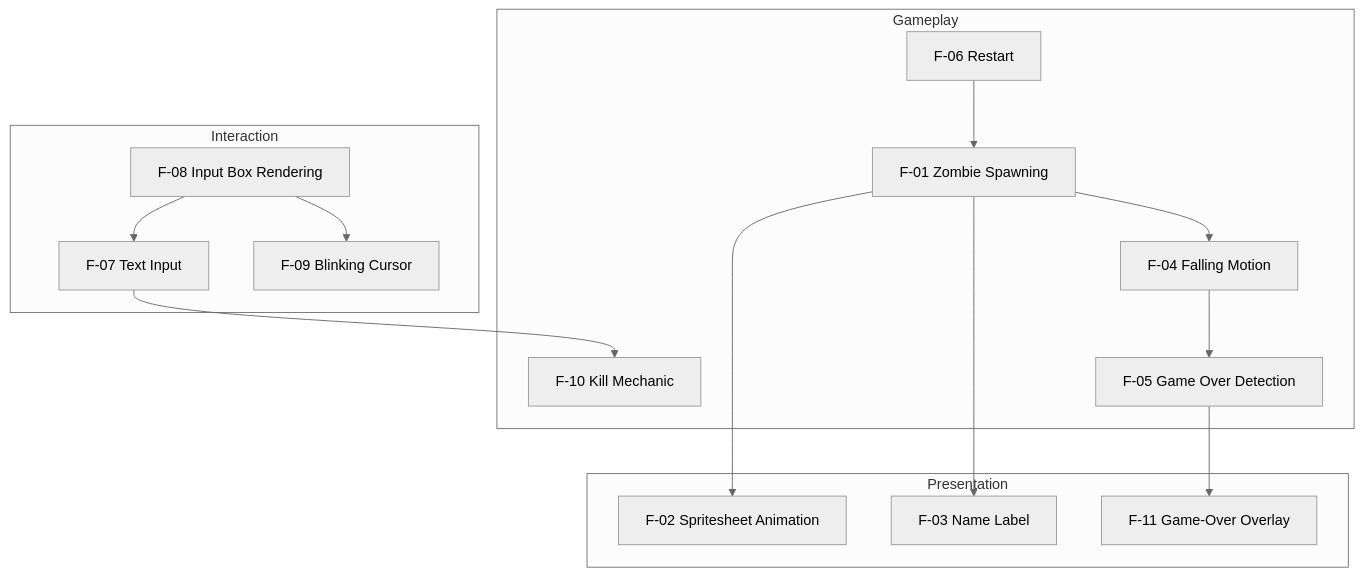
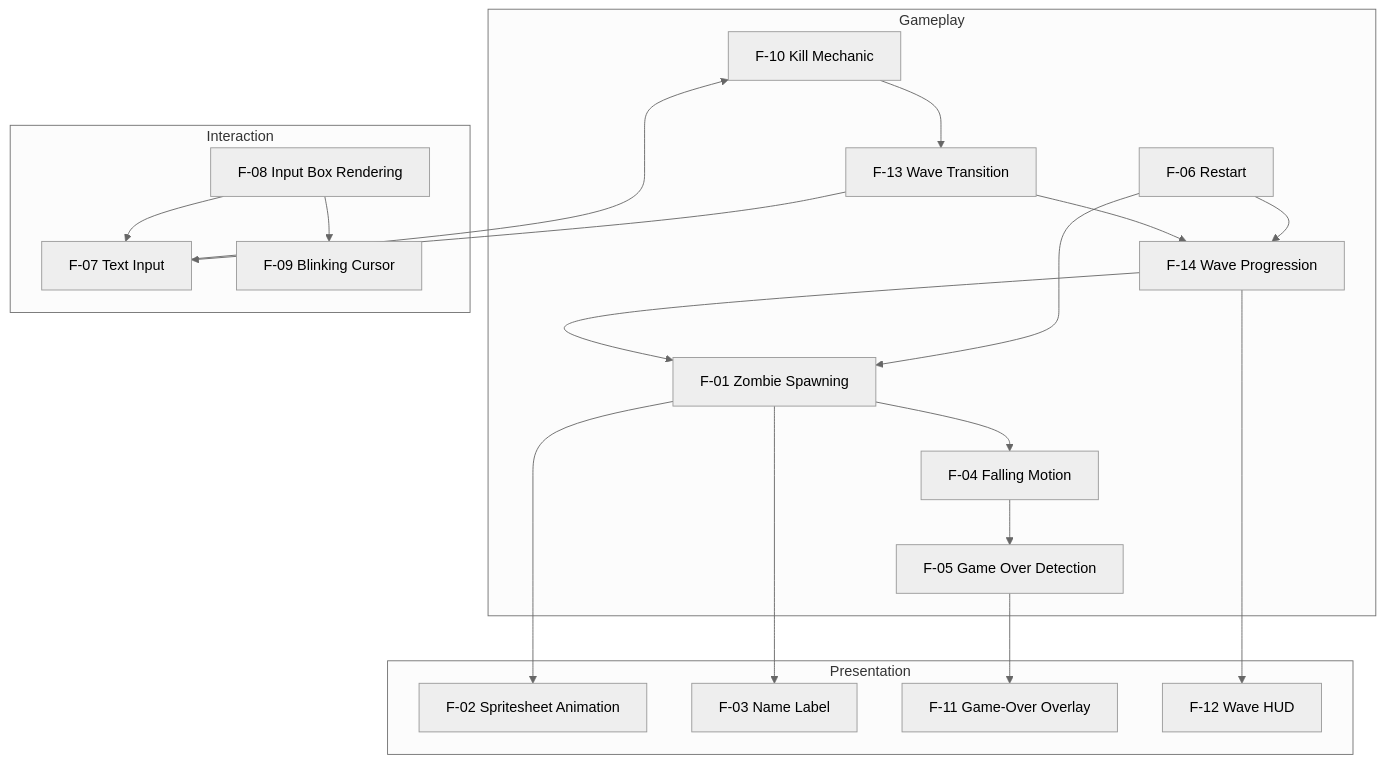
The first of 9 diagrams in specs/specifications/features.md (bfernandez31/death-note), drawn with Mermaid (neutral theme) before and after one commit. The commit also changed other lines of this file and 4 other files, not shown here.

````diff
--- a/specs/specifications/features.md
+++ b/specs/specifications/features.md
@@ -33,32 +37,41 @@
 ```mermaid
 graph TB
     subgraph Gameplay
         Spawning["F-01 Zombie Spawning"]
         Falling["F-04 Falling Motion"]
         Killing["F-10 Kill Mechanic"]
         GameOver["F-05 Game Over Detection"]
         Restart["F-06 Restart"]
+        WaveSystem["F-14 Wave Progression"]
+        WaveTransition["F-13 Wave Transition"]
     end
 
     subgraph Presentation
         Animation["F-02 Spritesheet Animation"]
         NameLabel["F-03 Name Label"]
         GameOverOverlay["F-11 Game-Over Overlay"]
+        HUD["F-12 Wave HUD"]
     end
 
     subgraph Interaction
         TextBox["F-08 Input Box Rendering"]
         Keyboard["F-07 Text Input"]
         BlinkingCursor["F-09 Blinking Cursor"]
     end
 
     Spawning --> Falling
     Falling --> GameOver
     Keyboard --> Killing
     GameOver --> GameOverOverlay
     Restart --> Spawning
+    Restart --> WaveSystem
     Spawning --> Animation
     Spawning --> NameLabel
     TextBox --> Keyboard
     TextBox --> BlinkingCursor
+    WaveSystem --> Spawning
+    WaveSystem --> HUD
+    Killing --> WaveTransition
+    WaveTransition --> WaveSystem
+    WaveTransition --> Keyboard
 ```
````
